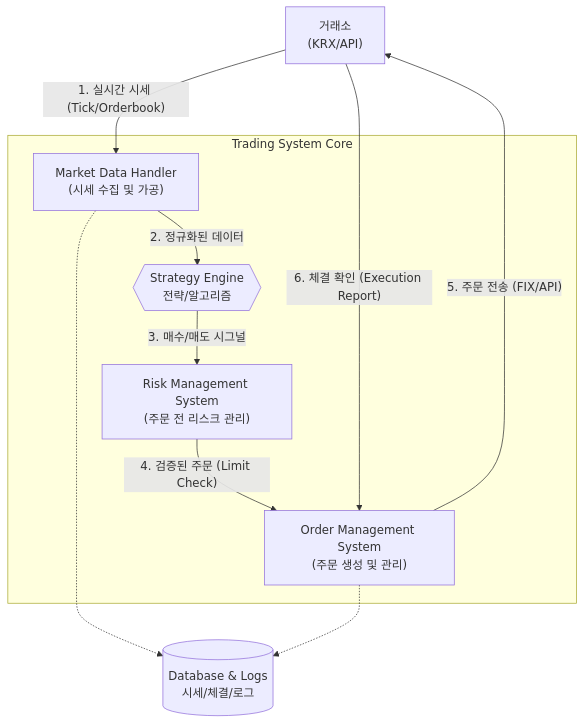
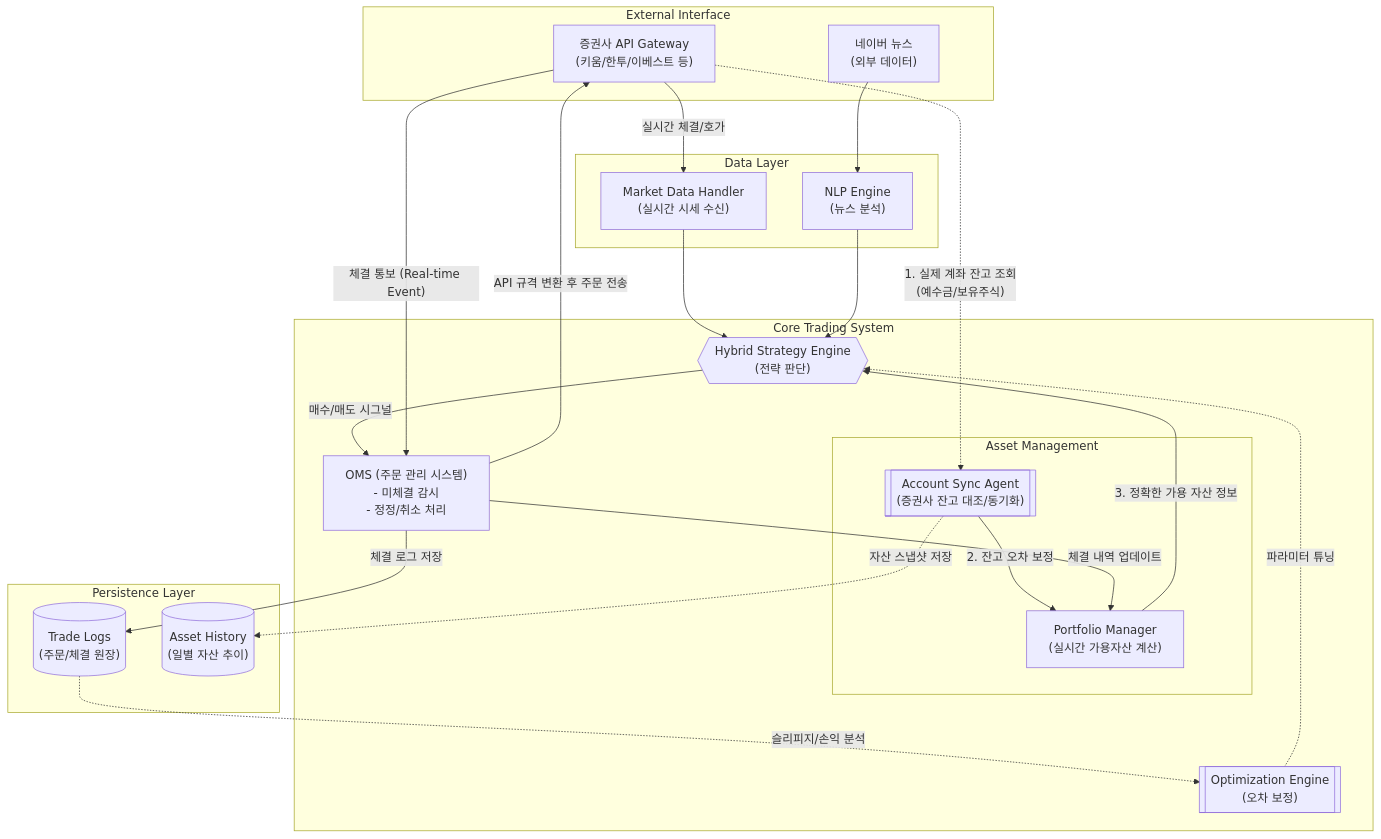
One commit to kthur/stock changed the diagram in resource/README.md. Above: the diagram before and after it, drawn with Mermaid. The commit also changed other lines of this file, not shown here.

Commit message:
Revise trading system architecture diagram

````diff
--- a/resource/README.md
+++ b/resource/README.md
@@ -6,30 +6,62 @@
 ```mermaid
 graph TD
-    %% 외부 거래소 (Exchange)
-    EX["거래소<br/>(KRX/API)"]
-    
-    %% 시스템 내부 컴포넌트
-    subgraph "Trading System Core"
-        MDH["Market Data Handler<br/>(시세 수집 및 가공)"]
-        STR{{Strategy Engine<br/>전략/알고리즘}}
-        RMS["Risk Management System<br/>(주문 전 리스크 관리)"]
-        OMS["Order Management System<br/>(주문 생성 및 관리)"]
+    %% 1. 외부 인터페이스 (증권사 & 데이터)
+    subgraph "External Interface"
+        API["증권사 API Gateway<br/>(키움/한투/이베스트 등)"]
+        NAVER["네이버 뉴스<br/>(외부 데이터)"]
+    end
+
+    %% 2. 데이터 수집 및 처리
+    subgraph "Data Layer"
+        MDH["Market Data Handler<br/>(실시간 시세 수신)"]
+        NLP["NLP Engine<br/>(뉴스 분석)"]
+    end
+
+    %% 3. 전략 및 실행 코어
+    subgraph "Core Trading System"
+        %% 자산 관리
+        subgraph "Asset Management"
+            PM["Portfolio Manager<br/>(실시간 가용자산 계산)"]
+            SYNC[["Account Sync Agent<br/>(증권사 잔고 대조/동기화)"]]
+        end
+
+        STR{{"Hybrid Strategy Engine<br/>(전략 판단)"}}
+        OPT[["Optimization Engine<br/>(오차 보정)"]]
+        
+        %% 주문 처리
+        OMS["OMS (주문 관리 시스템)<br/>- 미체결 감시<br/>- 정정/취소 처리"]
     end
     
-    %% 데이터 저장소
-    DB[("Database & Logs<br/>시세/체결/로그")]
+    %% 4. 영구 저장소
+    subgraph "Persistence Layer"
+        DB_LOG[("Trade Logs<br/>(주문/체결 원장)")]
+        DB_ASSET[("Asset History<br/>(일별 자산 추이)")]
+    end
 
-    %% 데이터 흐름
-    EX -- "1. 실시간 시세 (Tick/Orderbook)" --> MDH
-    MDH -- "2. 정규화된 데이터" --> STR
-    STR -- "3. 매수/매도 시그널" --> RMS
-    RMS -- "4. 검증된 주문 (Limit Check)" --> OMS
-    OMS -- "5. 주문 전송 (FIX/API)" --> EX
+    %% --- [데이터 흐름 정의] ---
+
+    %% 1. 시세 및 뉴스 흐름
+    API -- "실시간 체결/호가" --> MDH
+    NAVER --> NLP
+    MDH --> STR
+    NLP --> STR
+
+    %% 2. 자산 동기화 흐름
+    API -.-> |"1. 실제 계좌 잔고 조회<br/>(예수금/보유주식)"| SYNC
+    SYNC -- "2. 잔고 오차 보정" --> PM
+    PM -- "3. 정확한 가용 자산 정보" --> STR
+    SYNC -.-> |"자산 스냅샷 저장"| DB_ASSET
+
+    %% 3. 매매 실행 흐름
+    STR -- "매수/매도 시그널" --> OMS
+    OMS -- "API 규격 변환 후 주문 전송" --> API
     
-    %% 체결 응답
-    EX -- "6. 체결 확인 (Execution Report)" --> OMS
-    
-    %% DB 저장 흐름
-    MDH -.-> DB
-    OMS -.-> DB
+    %% 4. 체결 응답 및 처리
+    API -- "체결 통보 (Real-time Event)" --> OMS
+    OMS -- "체결 내역 업데이트" --> PM
+    OMS -- "체결 로그 저장" --> DB_LOG
+
+    %% 5. 피드백 및 최적화
+    DB_LOG -.-> |"슬리피지/손익 분석"| OPT
+    OPT -.-> |"파라미터 튜닝"| STR
 ```
````
